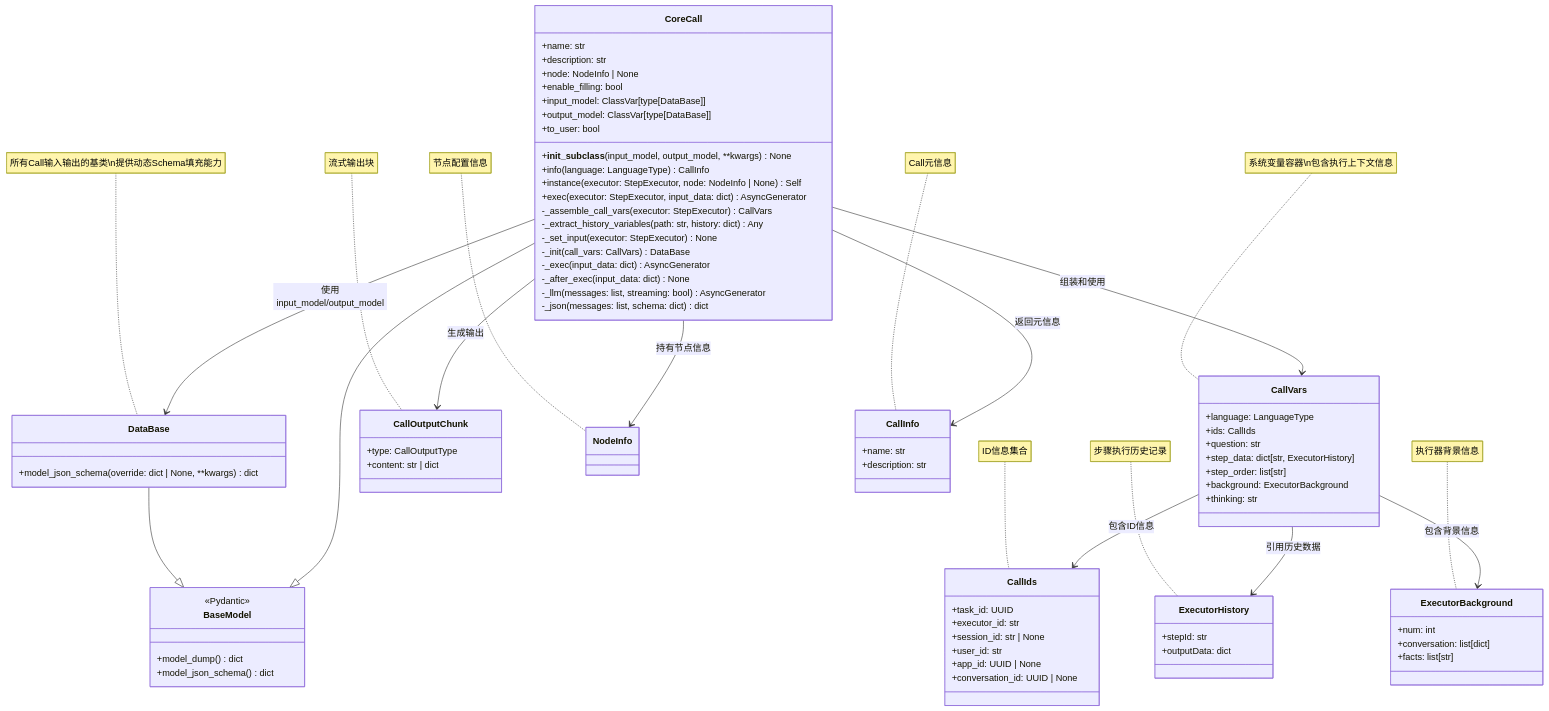
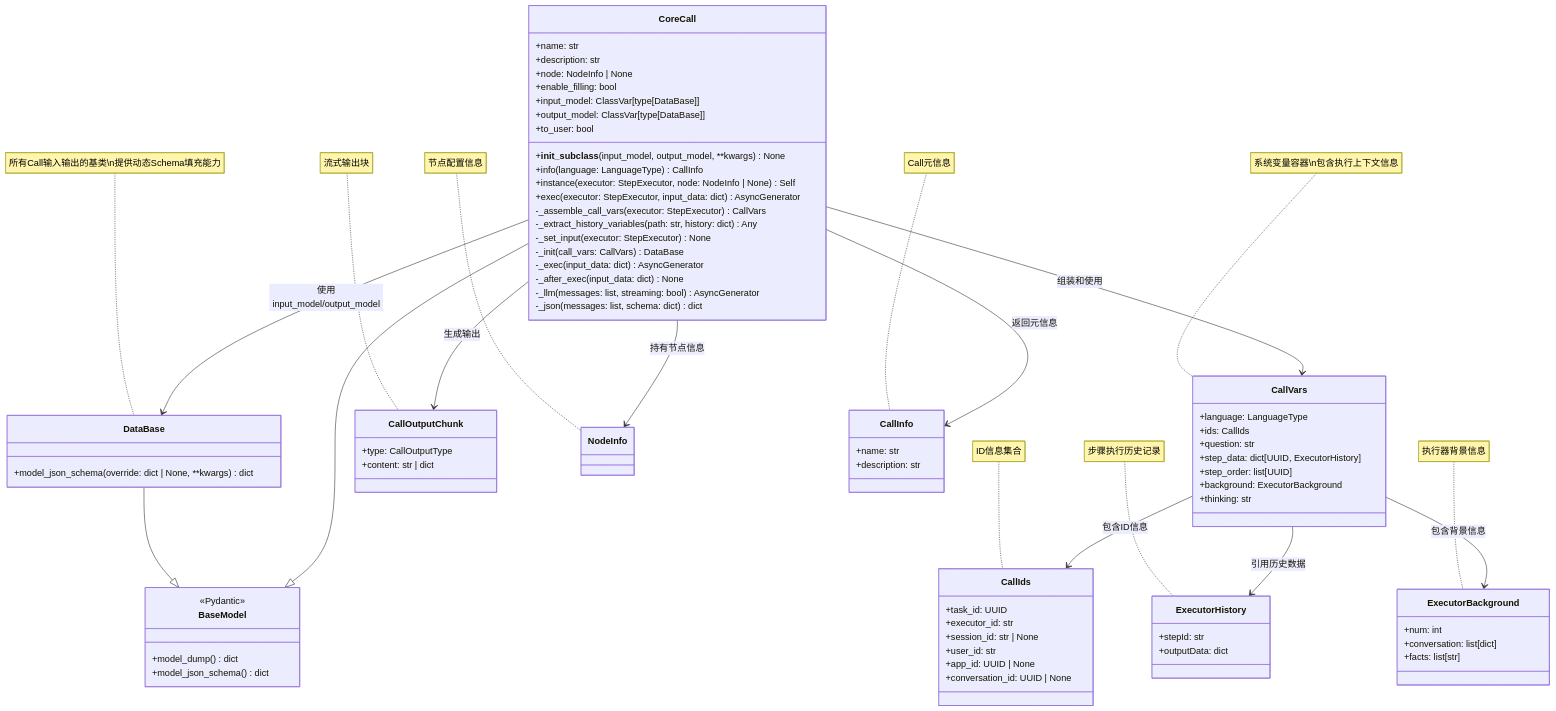
Before and after one commit to openeuler-mirror/euler-copilot-framework: the first of 5 diagrams in design/call/core.md, drawn with Mermaid. The commit also changed other lines of this file and 28 other files, not shown here.

```diff
--- a/design/call/core.md
+++ b/design/call/core.md
@@ -312,8 +312,8 @@
         +language: LanguageType
         +ids: CallIds
         +question: str
-        +step_data: dict[str, ExecutorHistory]
-        +step_order: list[str]
+        +step_data: dict[UUID, ExecutorHistory]
+        +step_order: list[UUID]
         +background: ExecutorBackground
         +thinking: str
     }
```
